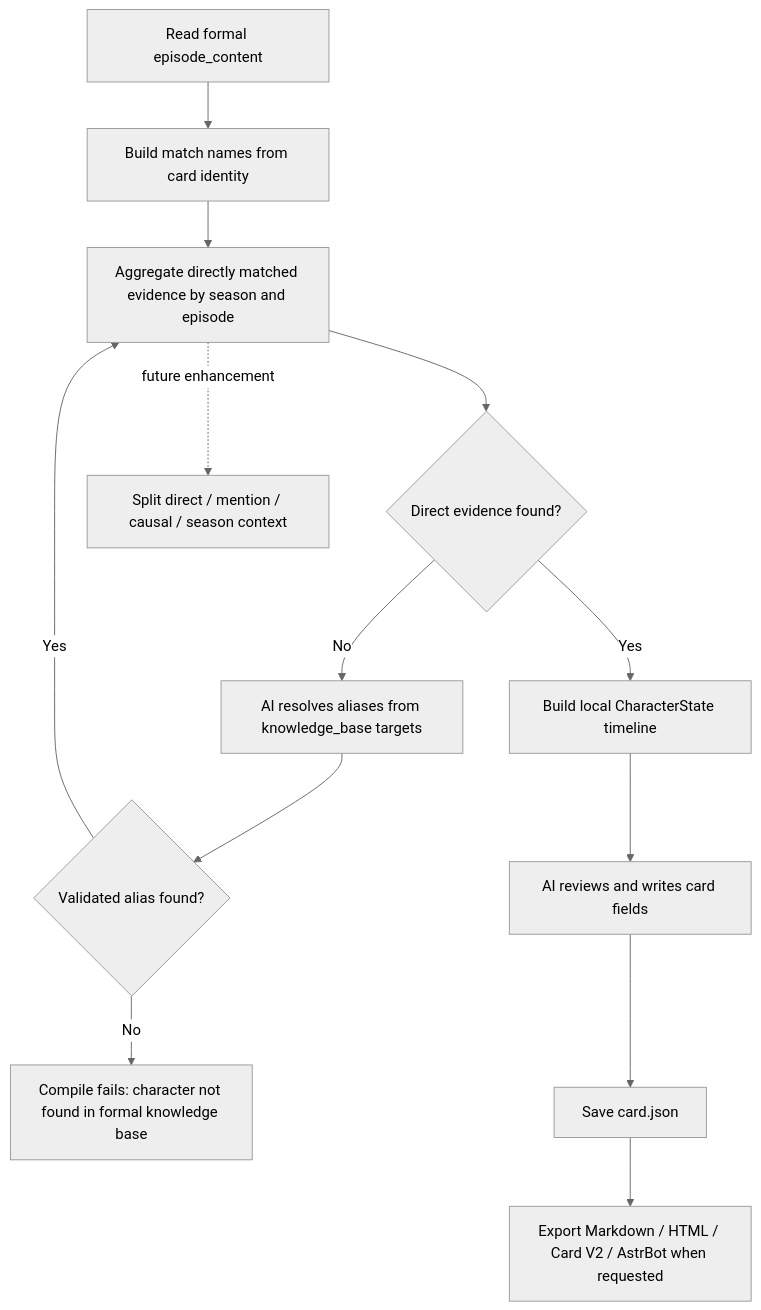
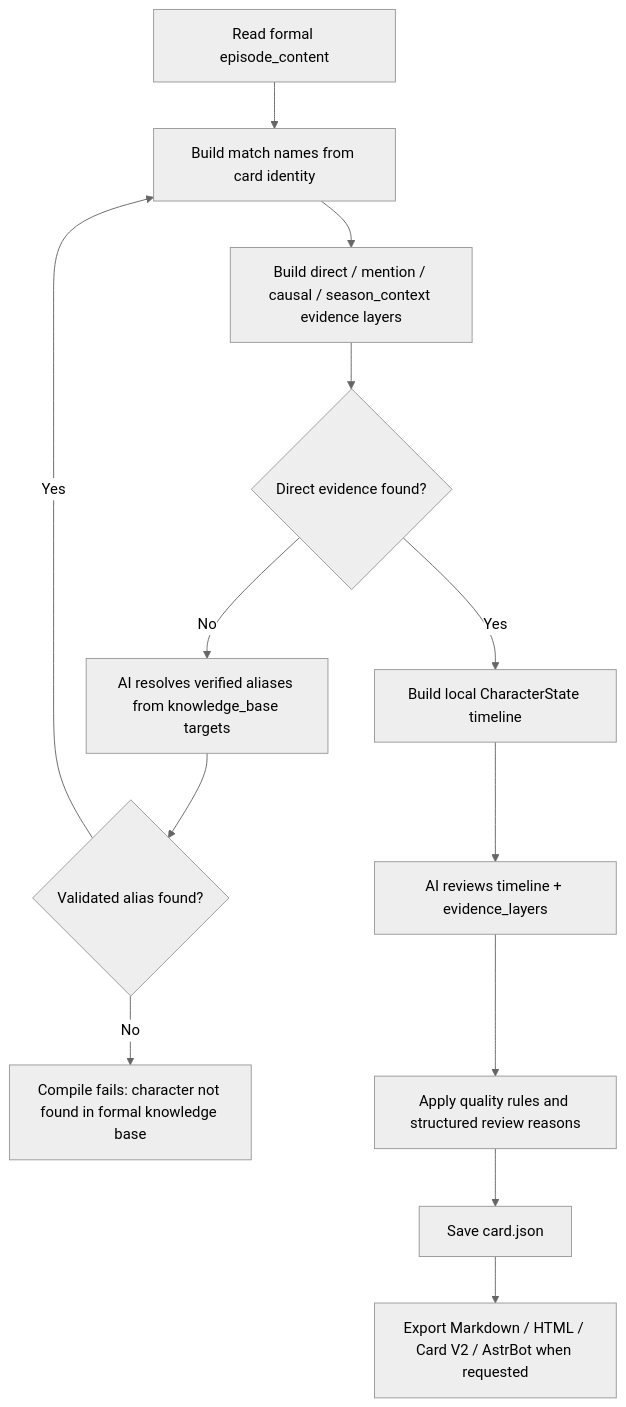
Before and after one commit to yomihime/CharaPicker: the second of 2 diagrams in docs/reference/extraction-workflow.en_US.md, drawn with Mermaid (neutral theme). The commit also changed other lines of this file and 17 other files, not shown here.

Commit message:
docs: refresh character card quality architecture

````diff
--- a/docs/reference/extraction-workflow.en_US.md
+++ b/docs/reference/extraction-workflow.en_US.md
@@ -215,15 +218,15 @@
 ```mermaid
 flowchart TD
     A[Read formal episode_content] --> B[Build match names from card identity]
-    B --> C[Aggregate directly matched evidence by season and episode]
+    B --> C[Build direct / mention / causal / season_context evidence layers]
     C --> D{Direct evidence found?}
-    D -->|No| E[AI resolves aliases from knowledge_base targets]
+    D -->|No| E[AI resolves verified aliases from knowledge_base targets]
     E --> F{Validated alias found?}
-    F -->|Yes| C
+    F -->|Yes| B
     F -->|No| X[Compile fails: character not found in formal knowledge base]
     D -->|Yes| G[Build local CharacterState timeline]
-    G --> H[AI reviews and writes card fields]
-    H --> I[Save card.json]
+    G --> H[AI reviews timeline + evidence_layers]
+    H --> Q[Apply quality rules and structured review reasons]
+    Q --> I[Save card.json]
     I --> J[Export Markdown / HTML / Card V2 / AstrBot when requested]
-    C -. future enhancement .-> K[Split direct / mention / causal / season context]
 ```
````
